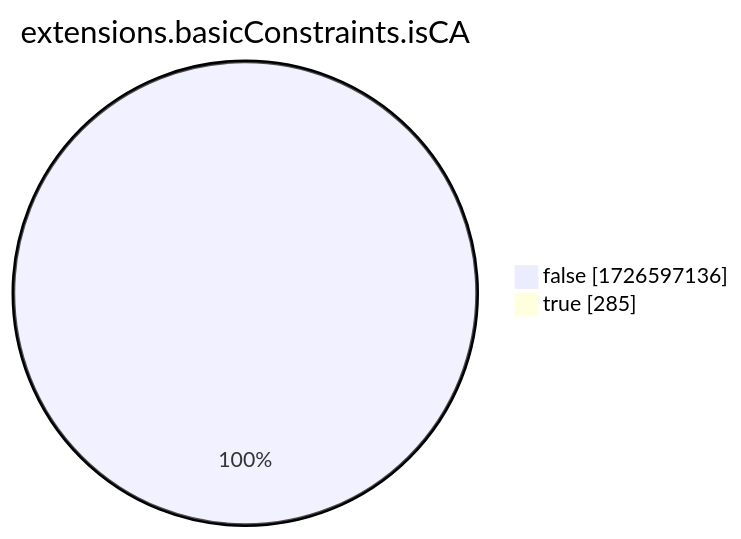
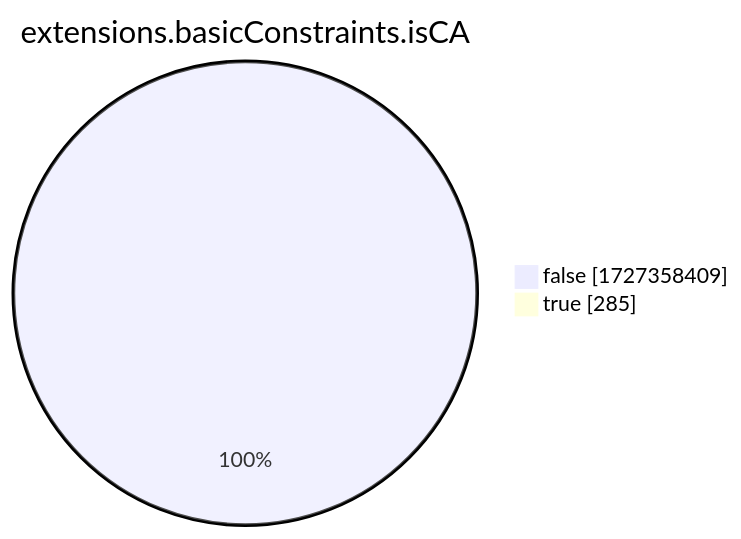
The eighth of 15 diagrams in xenon2022/README.md (christiankrug/ctmonitor_visualization), drawn with Mermaid before and after one commit. The commit also changed other lines of this file, not shown here.

````diff
--- a/xenon2022/README.md
+++ b/xenon2022/README.md
@@ -2867,6 +2867,6 @@
 ```mermaid
 pie showData
 title extensions.basicConstraints.isCA
-"false" :1726597136
+"false" :1727358409
 "true" :285
 ```
````
